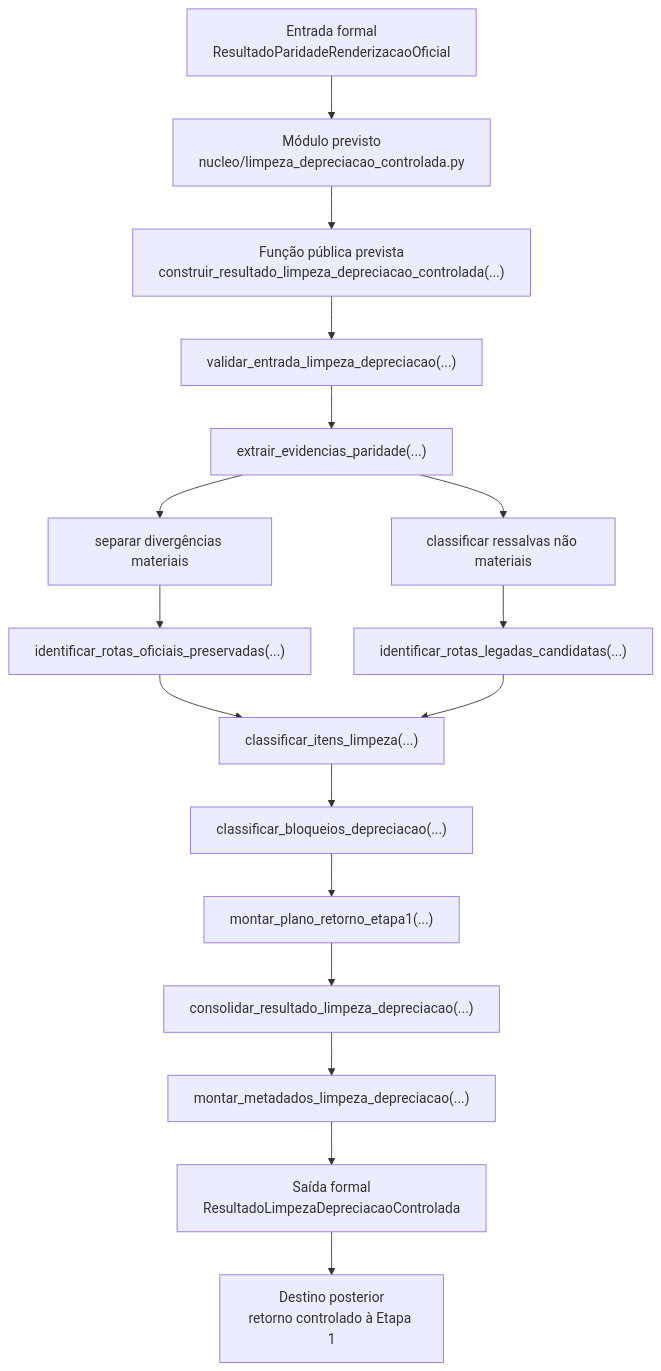
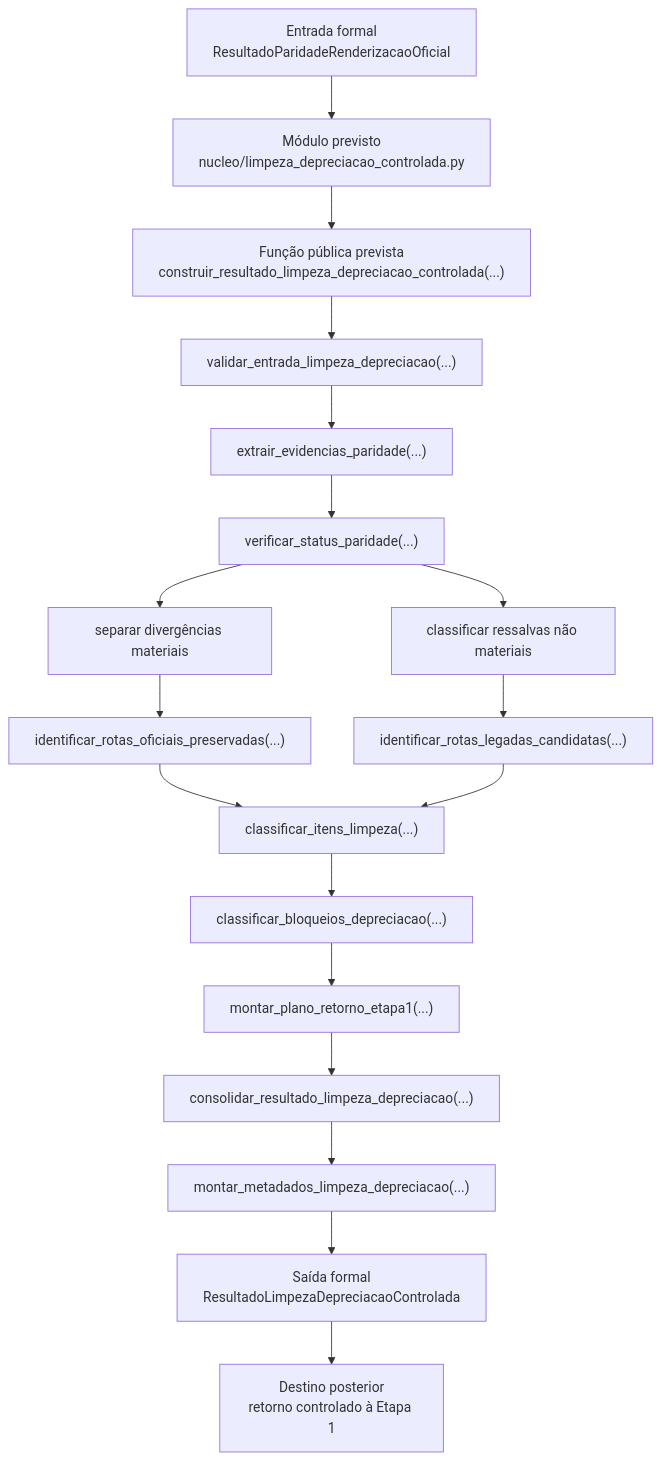
One commit to WevertonGomesCosta/payment-investment-allocation changed the diagram in relatorios/principais/contratos_individuais/CONTRATO_ETAPA11_LIMPEZA_DEPRECIACAO_CONTROLADA.md. Above: the diagram before and after it, drawn with Mermaid. The commit also changed other lines of this file, not shown here.

````diff
--- a/relatorios/principais/contratos_individuais/CONTRATO_ETAPA11_LIMPEZA_DEPRECIACAO_CONTROLADA.md
+++ b/relatorios/principais/contratos_individuais/CONTRATO_ETAPA11_LIMPEZA_DEPRECIACAO_CONTROLADA.md
@@ -283,26 +289,27 @@
 ```mermaid
 flowchart TD
     IN["Entrada formal<br/>ResultadoParidadeRenderizacaoOficial"] --> MOD["Módulo previsto<br/>nucleo/limpeza_depreciacao_controlada.py"]
 
     MOD --> FUNC["Função pública prevista<br/>construir_resultado_limpeza_depreciacao_controlada(...)"]
 
     FUNC --> VAL["validar_entrada_limpeza_depreciacao(...)"]
     VAL --> EXT["extrair_evidencias_paridade(...)"]
+    EXT --> STAT["verificar_status_paridade(...)"]
 
-    EXT --> MAT["separar divergências materiais"]
-    EXT --> RESS["classificar ressalvas não materiais"]
+    STAT --> MAT["separar divergências materiais"]
+    STAT --> RESS["classificar ressalvas não materiais"]
 
     MAT --> OFIC["identificar_rotas_oficiais_preservadas(...)"]
     RESS --> LEG["identificar_rotas_legadas_candidatas(...)"]
 
     OFIC --> CLASS["classificar_itens_limpeza(...)"]
     LEG --> CLASS
 
     CLASS --> BLOQ["classificar_bloqueios_depreciacao(...)"]
     BLOQ --> RET["montar_plano_retorno_etapa1(...)"]
     RET --> CONSOL["consolidar_resultado_limpeza_depreciacao(...)"]
     CONSOL --> META["montar_metadados_limpeza_depreciacao(...)"]
 
     META --> OUT["Saída formal<br/>ResultadoLimpezaDepreciacaoControlada"]
     OUT --> DEST["Destino posterior<br/>retorno controlado à Etapa 1"]
 ```
````
